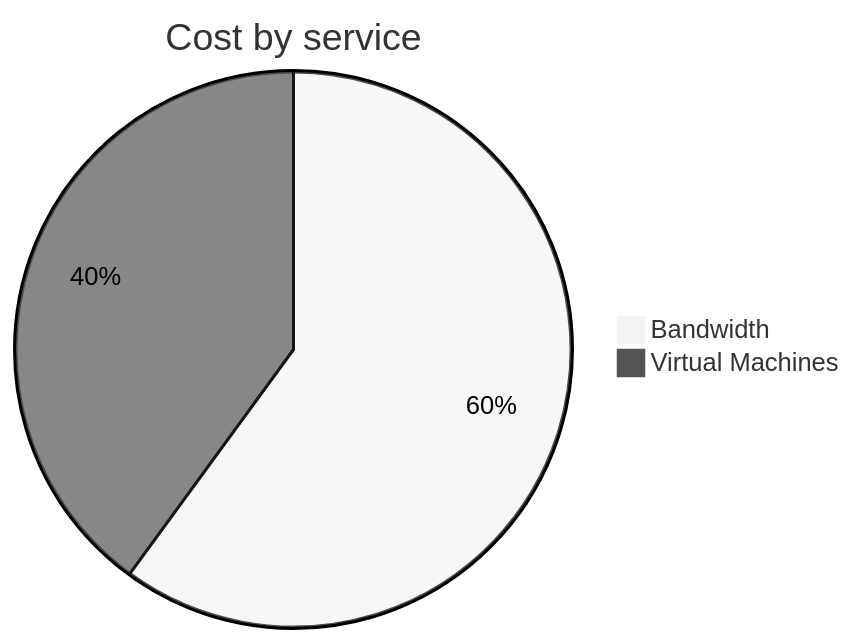
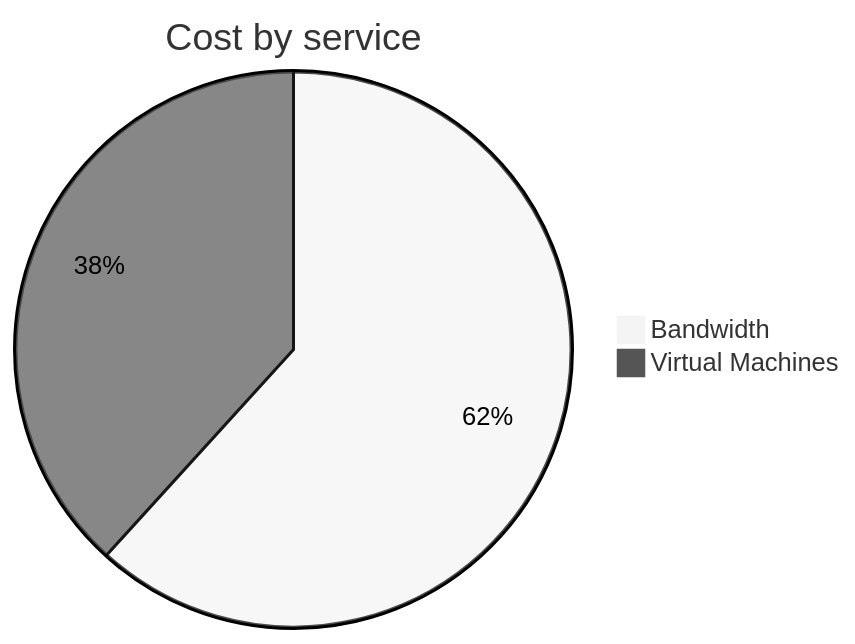
One commit to jpfulton/azure-personal-reports changed the second of 4 diagrams in cost-reports/personal-network/vpn-server.md. Above: the diagram before and after it, drawn with Mermaid (neutral theme). The commit also changed other lines of this file and 9 other files, not shown here.

````diff
--- a/cost-reports/personal-network/vpn-server.md
+++ b/cost-reports/personal-network/vpn-server.md
@@ -66,6 +66,6 @@
 ```mermaid
 pie
    title Cost by service
-   "Bandwidth" : 2.96
-   "Virtual Machines" : 1.97
+   "Bandwidth" : 3.47
+   "Virtual Machines" : 2.15
 ```
````
